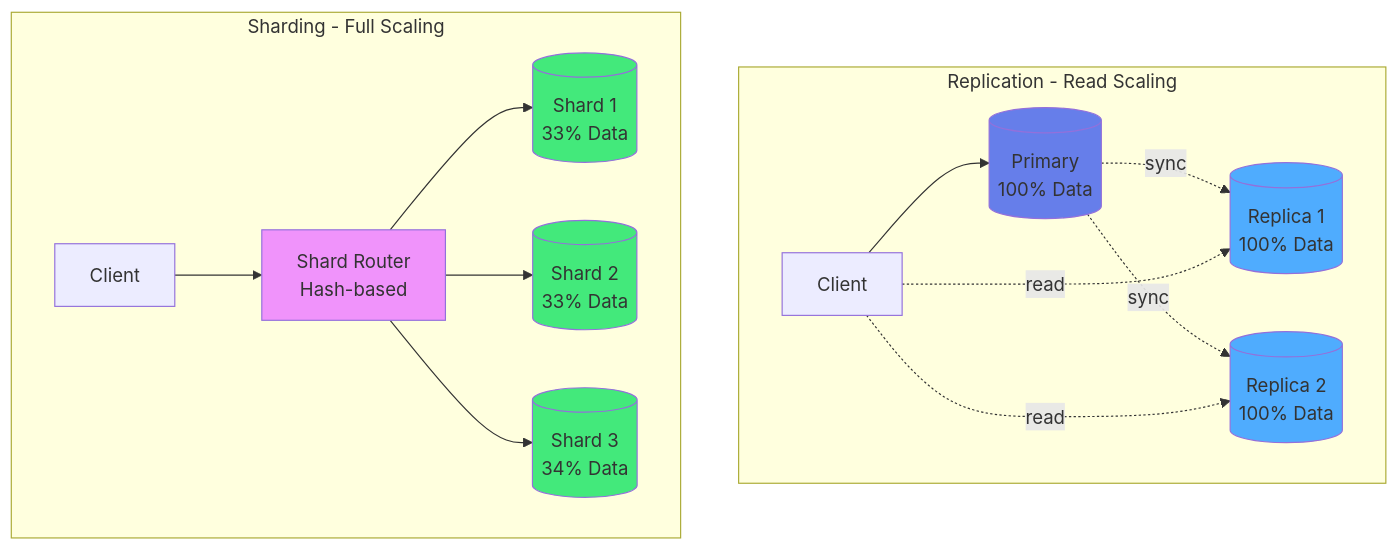
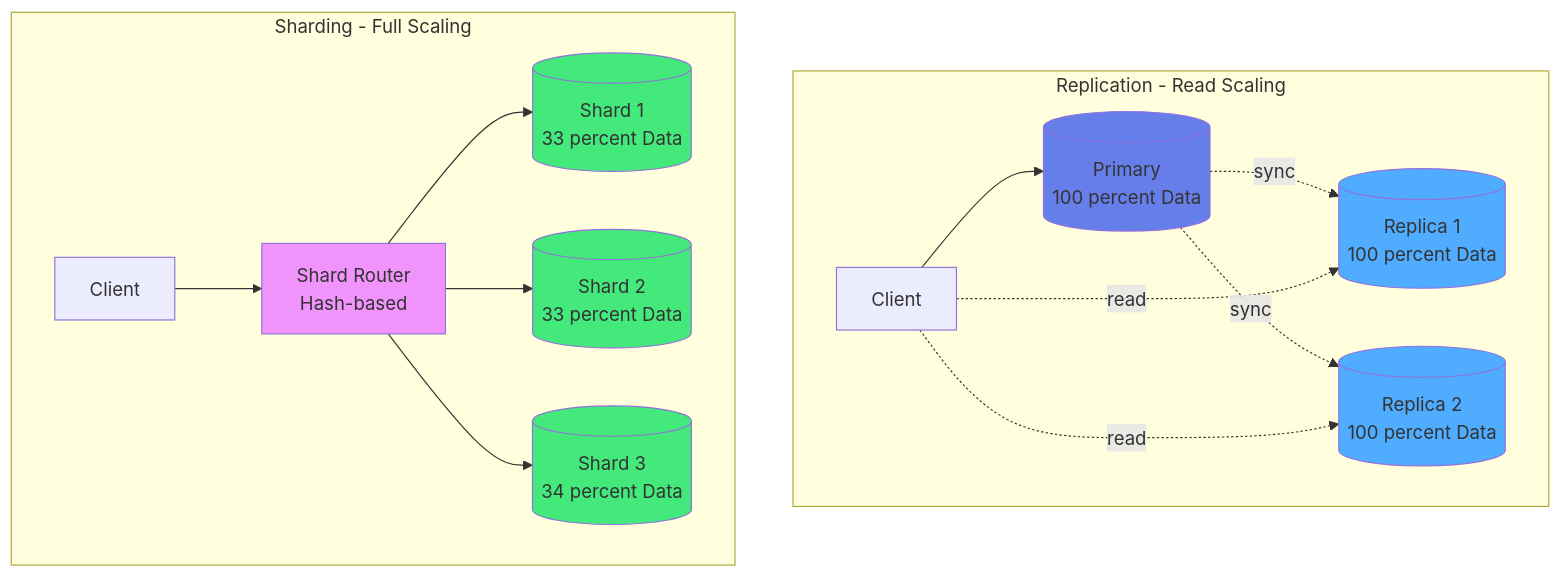
Before and after one commit to makr-code/ThemisDB: the first of 6 diagrams in compendium/chapter_16_sharding.md, drawn with Mermaid. The commit also changed other lines of this file and 19 other files, not shown here.

First line of the commit message:
Refactor Mermaid syntax and improve documentation consistency across chapters

````diff
--- a/compendium/chapter_16_sharding.md
+++ b/compendium/chapter_16_sharding.md
@@ -73,25 +73,25 @@
 ```mermaid
 graph TB
     subgraph "Replication - Read Scaling"
-        Client1[Client] --> Primary1[(Primary<br/>100% Data)]
-        Primary1 -.sync.-> Replica1A[(Replica 1<br/>100% Data)]
-        Primary1 -.sync.-> Replica1B[(Replica 2<br/>100% Data)]
+        Client1[Client] --> Primary1[(Primary<br/>100 percent Data)]
+        Primary1 -.sync.-> Replica1A[(Replica 1<br/>100 percent Data)]
+        Primary1 -.sync.-> Replica1B[(Replica 2<br/>100 percent Data)]
         Client1 -.read.-> Replica1A
         Client1 -.read.-> Replica1B
     end
     
     subgraph "Sharding - Full Scaling"
         Client2[Client] --> Router[Shard Router<br/>Hash-based]
-        Router --> Shard1[(Shard 1<br/>33% Data)]
-        Router --> Shard2[(Shard 2<br/>33% Data)]
-        Router --> Shard3[(Shard 3<br/>34% Data)]
+        Router --> Shard1[(Shard 1<br/>33 percent Data)]
+        Router --> Shard2[(Shard 2<br/>33 percent Data)]
+        Router --> Shard3[(Shard 3<br/>34 percent Data)]
     end
     
     style Primary1 fill:#667eea
     style Replica1A fill:#4facfe
     style Replica1B fill:#4facfe
     style Router fill:#f093fb
     style Shard1 fill:#43e97b
     style Shard2 fill:#43e97b
     style Shard3 fill:#43e97b
 ```
````
